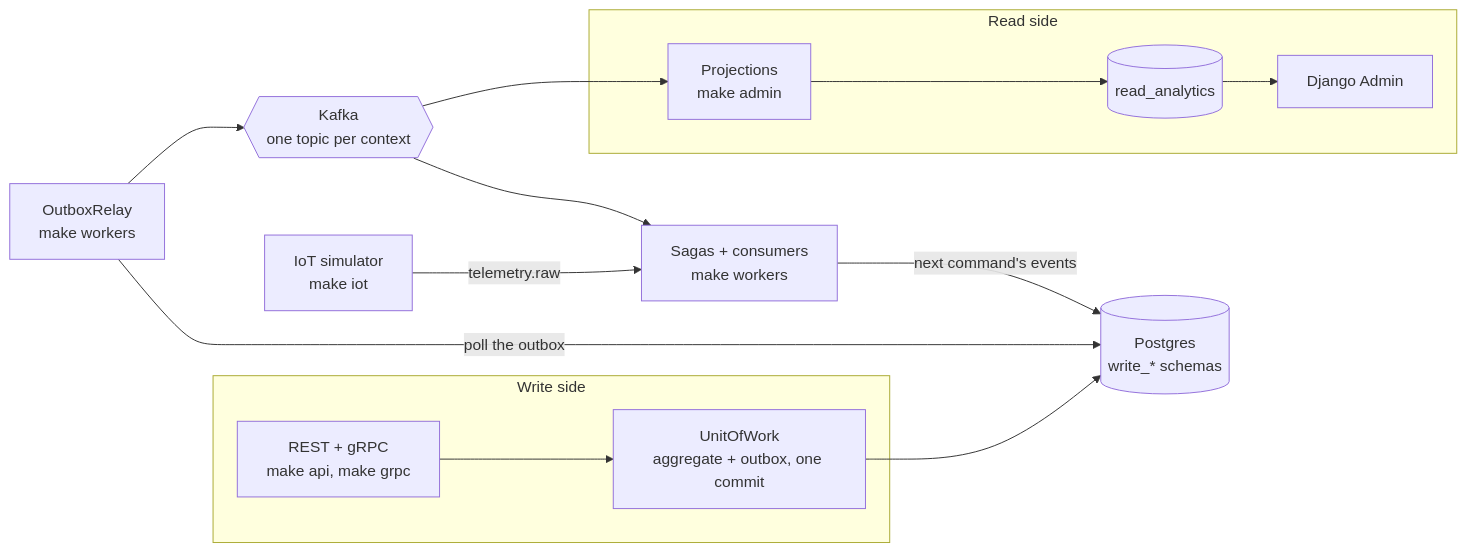
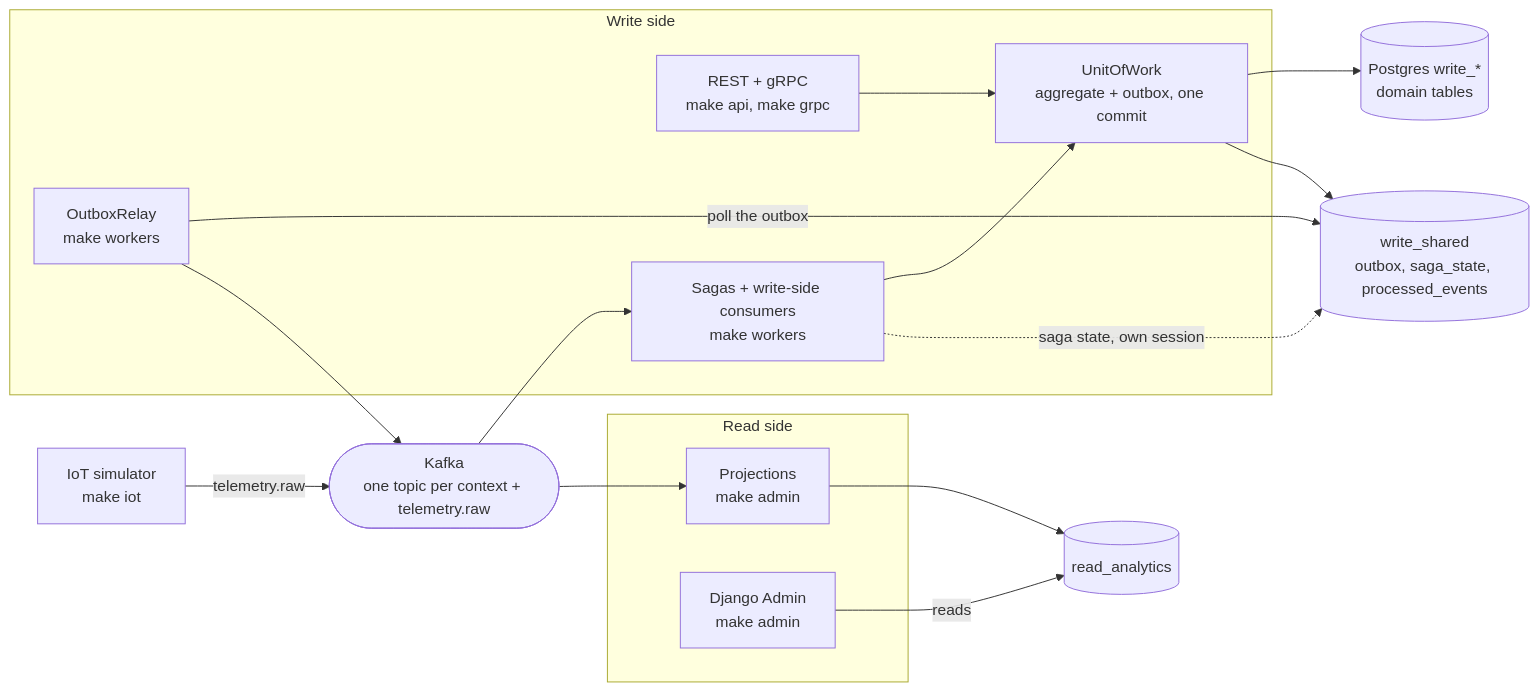
The diagram in README.md (DisMosGit/plantkeeper), drawn with Mermaid before and after one commit. The commit also changed other lines of this file and 1 other file, not shown here.

First line of the commit message:
docs: align the architecture diagram and process docs with the code

````diff
--- a/README.md
+++ b/README.md
@@ -11,25 +11,28 @@
 ```mermaid
 flowchart LR
   subgraph write [Write side]
     API["REST + gRPC<br/>make api, make grpc"]
     UOW["UnitOfWork<br/>aggregate + outbox, one commit"]
+    RELAY["OutboxRelay<br/>make workers"]
+    SAGA["Sagas + write-side consumers<br/>make workers"]
   end
-  DB[("Postgres<br/>write_* schemas")]
-  relay["OutboxRelay<br/>make workers"]
-  K{{"Kafka<br/>one topic per context"}}
+  DB[("Postgres write_*<br/>domain tables")]
+  SHARED[("write_shared<br/>outbox, saga_state, processed_events")]
+  K(["Kafka<br/>one topic per context + telemetry.raw"])
+  IOT["IoT simulator<br/>make iot"]
   subgraph read [Read side]
     PROJ["Projections<br/>make admin"]
-    ANALYTICS[("read_analytics")]
-    ADMIN["Django Admin"]
+    ADMIN["Django Admin<br/>make admin"]
   end
-  IOT["IoT simulator<br/>make iot"]
-  SAGA["Sagas + consumers<br/>make workers"]
-
+  ANALYTICS[("read_analytics")]
   API --> UOW --> DB
-  relay -->|"poll the outbox"| DB
-  relay --> K
-  IOT -->|"telemetry.raw"| SAGA
+  UOW --> SHARED
+  RELAY -->|poll the outbox| SHARED
+  RELAY --> K
   K --> SAGA
-  K --> PROJ --> ANALYTICS --> ADMIN
-  SAGA -->|"next command's events"| DB
+  SAGA --> UOW
+  SAGA -.->|saga state, own session| SHARED
+  IOT -->|telemetry.raw| K
+  K --> PROJ --> ANALYTICS
+  ADMIN -->|reads| ANALYTICS
 ```
````
